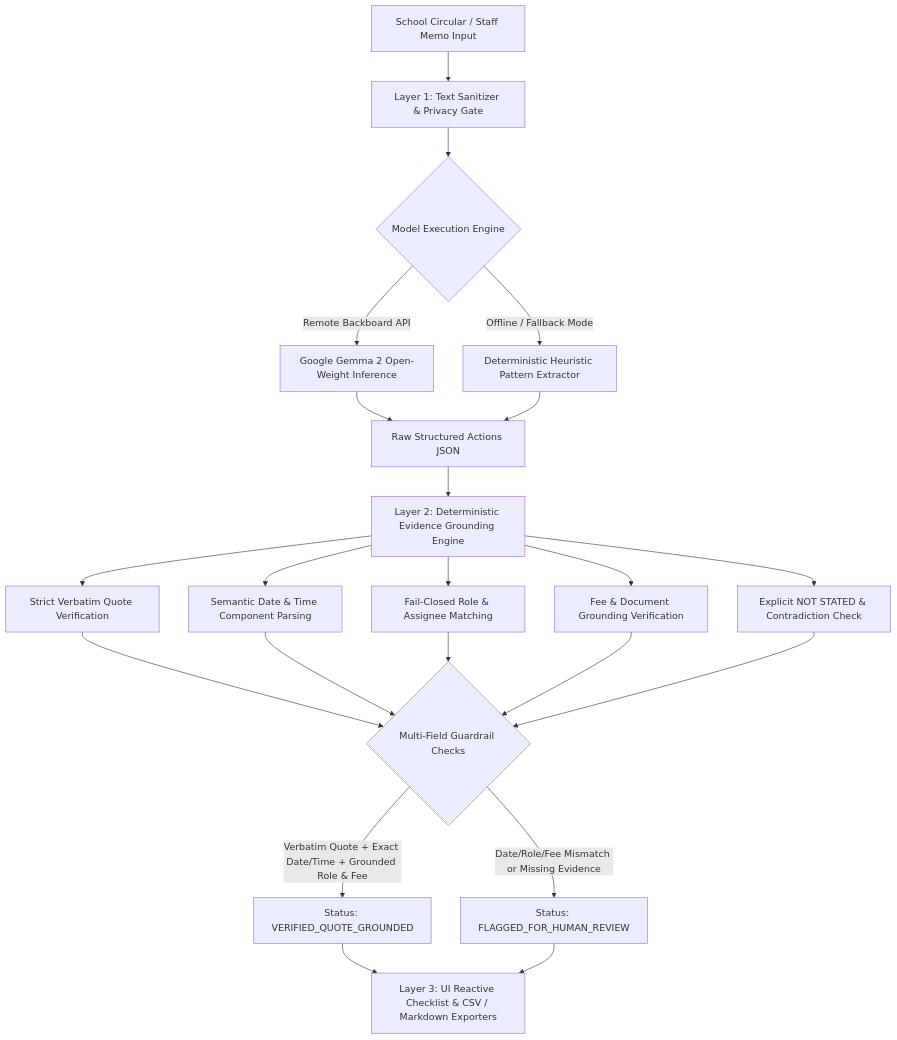
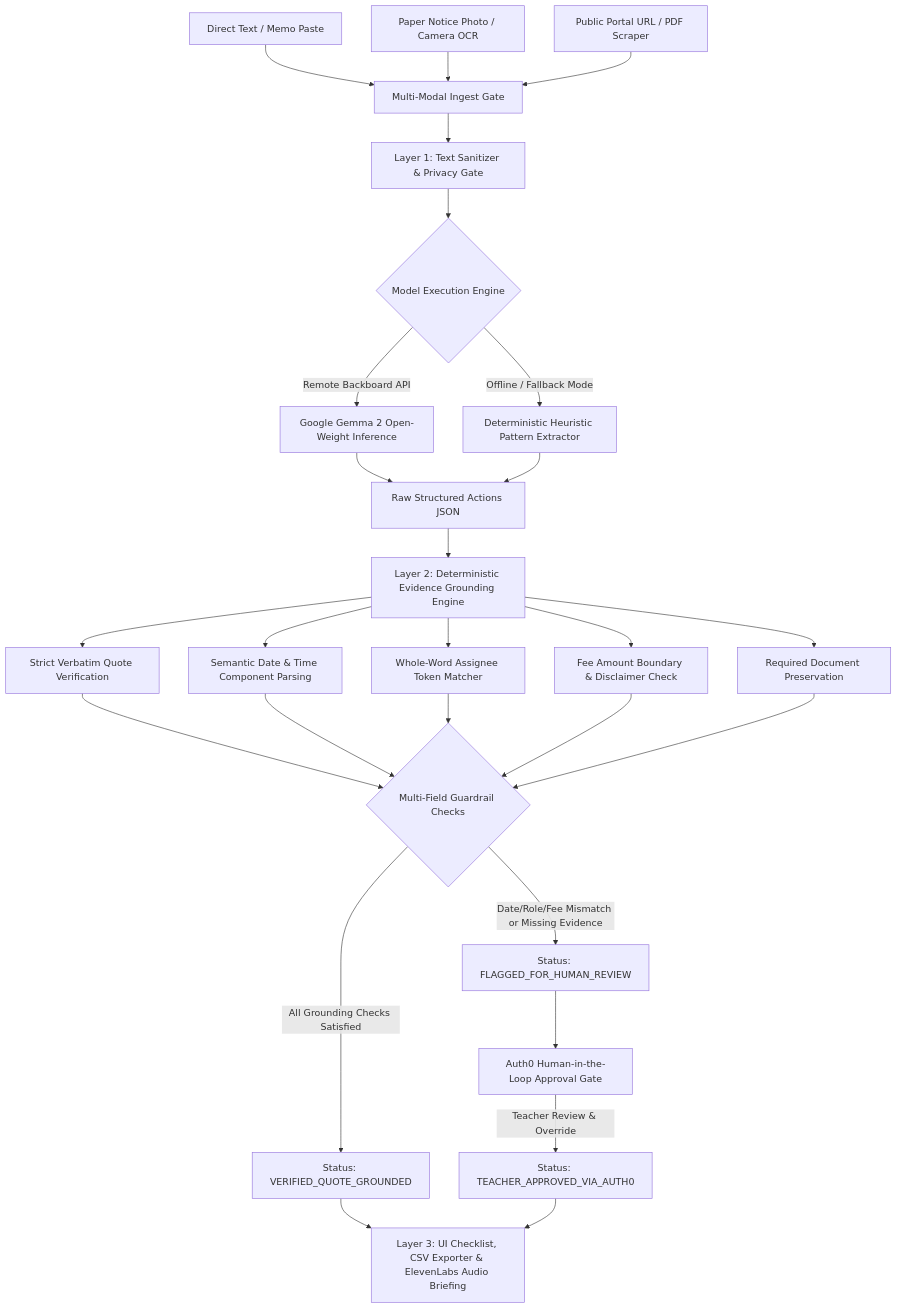
Before and after one commit to diusazzad/notice2next: the diagram in README.md, drawn with Mermaid. The commit also changed other lines of this file and 10 other files, not shown here.

Commit message:
feat: add multi-modal photo OCR, Browserbase URL ingest, Auth0 governance, ElevenLabs audio, and GitHub Actions CI (38 tests pass)

````diff
--- a/README.md
+++ b/README.md
@@ -32,19 +38,24 @@
 ```mermaid
 flowchart TD
-    A[School Circular / Staff Memo Input] --> B[Layer 1: Text Sanitizer & Privacy Gate]
-    B --> C{Model Execution Engine}
-    C -->|Remote Backboard API| D[Google Gemma 2 Open-Weight Inference]
-    C -->|Offline / Fallback Mode| E[Deterministic Heuristic Pattern Extractor]
-    D --> F[Raw Structured Actions JSON]
-    E --> F
-    F --> G[Layer 2: Deterministic Evidence Grounding Engine]
-    G --> H[Strict Verbatim Quote Verification]
-    G --> I[Semantic Date & Time Component Parsing]
-    G --> J[Fail-Closed Role & Assignee Matching]
-    G --> K[Fee & Document Grounding Verification]
-    G --> L[Explicit NOT STATED & Contradiction Check]
-    H & I & J & K & L --> M{Multi-Field Guardrail Checks}
-    M -->|Verbatim Quote + Exact Date/Time + Grounded Role & Fee| N[Status: VERIFIED_QUOTE_GROUNDED]
-    M -->|Date/Role/Fee Mismatch or Missing Evidence| O[Status: FLAGGED_FOR_HUMAN_REVIEW]
-    N & O --> P[Layer 3: UI Reactive Checklist & CSV / Markdown Exporters]
+    A1[Direct Text / Memo Paste] --> B[Multi-Modal Ingest Gate]
+    A2[Paper Notice Photo / Camera OCR] --> B
+    A3[Public Portal URL / PDF Scraper] --> B
+    B --> C[Layer 1: Text Sanitizer & Privacy Gate]
+    C --> D{Model Execution Engine}
+    D -->|Remote Backboard API| E[Google Gemma 2 Open-Weight Inference]
+    D -->|Offline / Fallback Mode| F[Deterministic Heuristic Pattern Extractor]
+    E --> G[Raw Structured Actions JSON]
+    F --> G
+    G --> H[Layer 2: Deterministic Evidence Grounding Engine]
+    H --> I[Strict Verbatim Quote Verification]
+    H --> J[Semantic Date & Time Component Parsing]
+    H --> K[Whole-Word Assignee Token Matcher]
+    H --> L[Fee Amount Boundary & Disclaimer Check]
+    H --> M[Required Document Preservation]
+    I & J & K & L & M --> N{Multi-Field Guardrail Checks}
+    N -->|All Grounding Checks Satisfied| O[Status: VERIFIED_QUOTE_GROUNDED]
+    N -->|Date/Role/Fee Mismatch or Missing Evidence| P[Status: FLAGGED_FOR_HUMAN_REVIEW]
+    P --> Q[Auth0 Human-in-the-Loop Approval Gate]
+    Q -->|Teacher Review & Override| R[Status: TEACHER_APPROVED_VIA_AUTH0]
+    O & R --> S[Layer 3: UI Checklist, CSV Exporter & ElevenLabs Audio Briefing]
 ```
````
